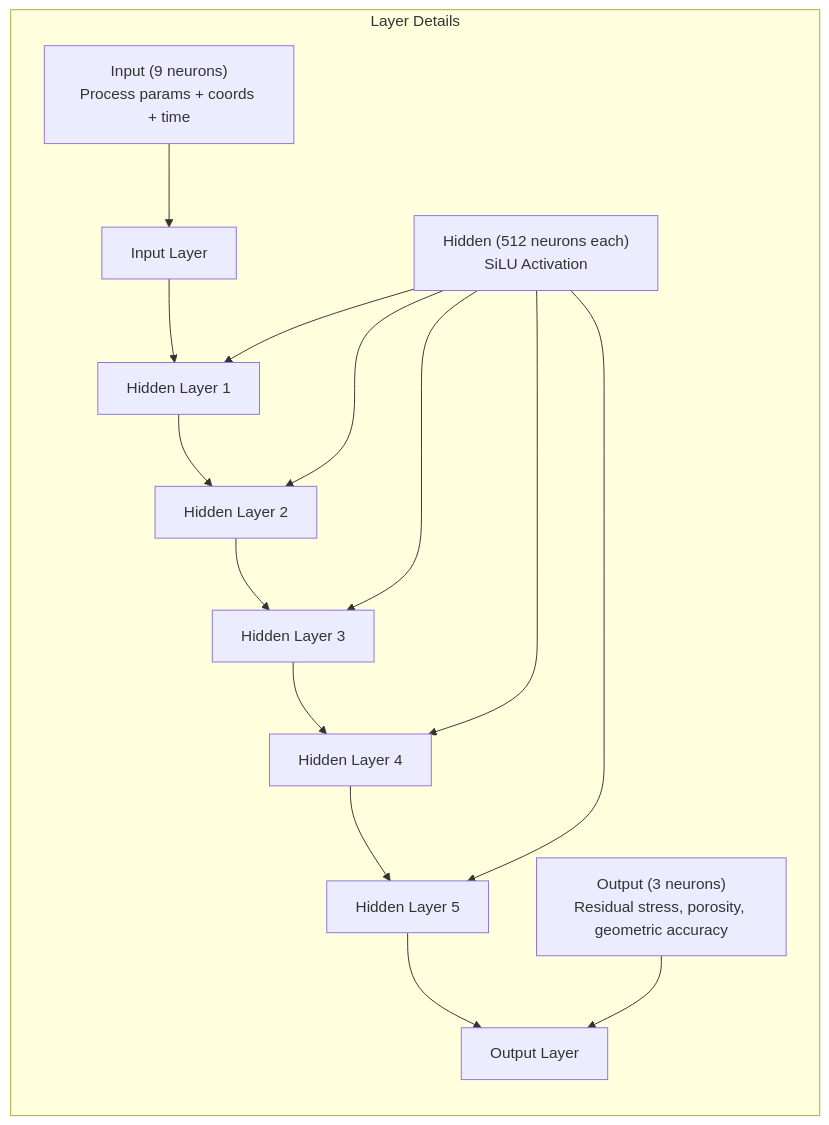
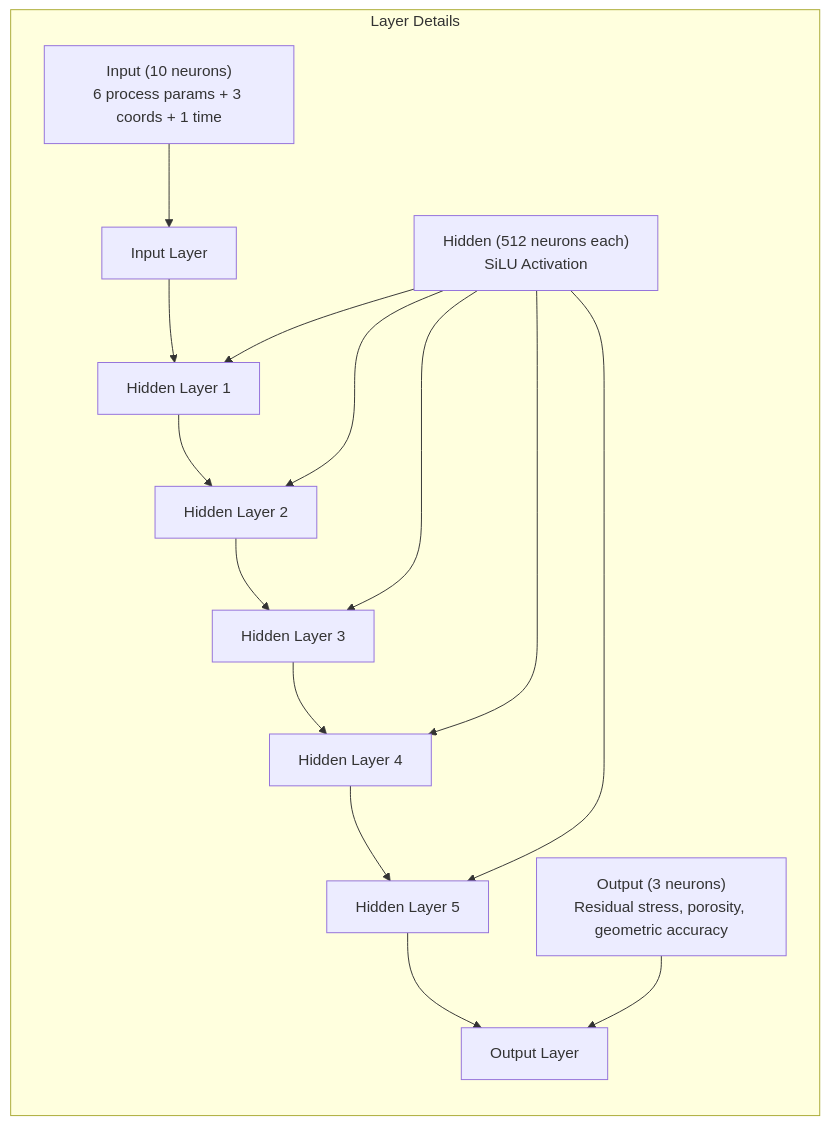
Before and after one commit to llMr-Sweetll/lpbf-optimizer: the second of 6 diagrams in docs/pinn_model_architecture.md, drawn with Mermaid. The commit also changed other lines of this file, not shown here.

Commit message:
docs: correct input dim and epochs in architecture doc

````diff
--- a/docs/pinn_model_architecture.md
+++ b/docs/pinn_model_architecture.md
@@ -37,15 +37,15 @@
 ```mermaid
 flowchart LR
     A[Input Layer] --> B1[Hidden Layer 1]
     B1 --> B2[Hidden Layer 2]
     B2 --> B3[Hidden Layer 3]
     B3 --> B4[Hidden Layer 4]
     B4 --> B5[Hidden Layer 5]
     B5 --> C[Output Layer]
     
     subgraph "Layer Details"
-    A1["Input (9 neurons)\nProcess params + coords + time"] --> A
+    A1["Input (10 neurons)\n6 process params + 3 coords + 1 time"] --> A
     B["Hidden (512 neurons each)\nSiLU Activation"] --> B1 & B2 & B3 & B4 & B5
     C1["Output (3 neurons)\nResidual stress, porosity, geometric accuracy"] --> C
     end
 ```
````
